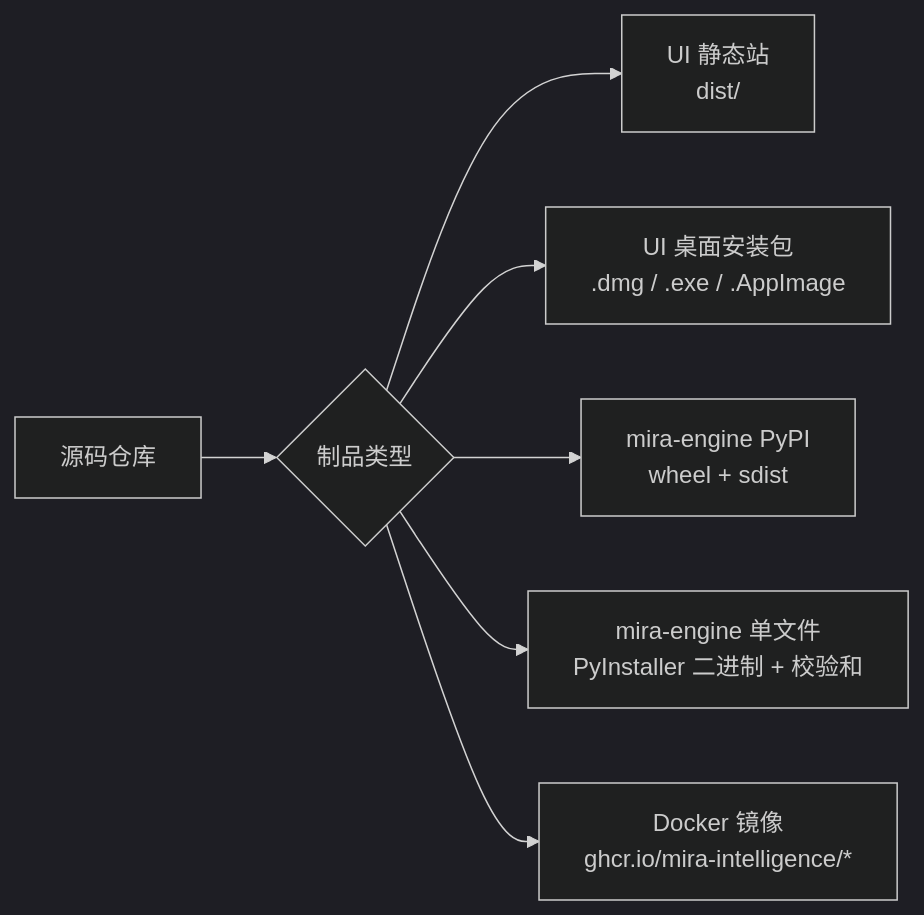
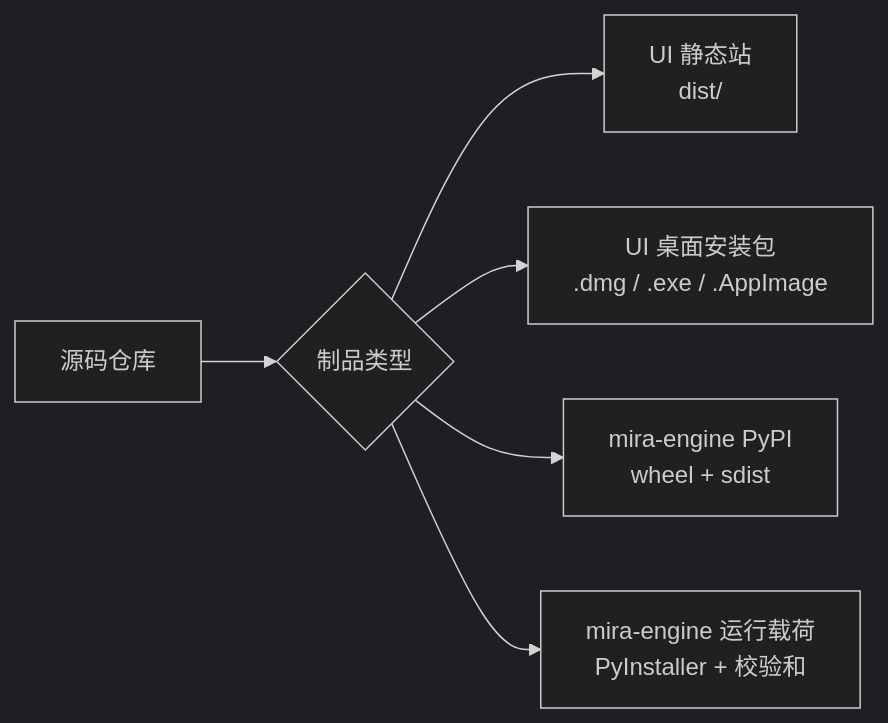
Before and after one commit to MIRA-Intelligence/mira-docs: the diagram in docs/deployment/release-and-package.md, drawn with Mermaid (dark theme). The commit also changed other lines of this file and 80 other files, not shown here.

````diff
--- a/docs/deployment/release-and-package.md
+++ b/docs/deployment/release-and-package.md
@@ -15,9 +17,8 @@
 ```mermaid
 flowchart LR
     Code[源码仓库] --> A{制品类型}
     A --> Web["UI 静态站<br/>dist/"]
     A --> Desktop["UI 桌面安装包<br/>.dmg / .exe / .AppImage"]
     A --> PyPI["mira-engine PyPI<br/>wheel + sdist"]
-    A --> Bin["mira-engine 单文件<br/>PyInstaller 二进制 + 校验和"]
-    A --> Docker["Docker 镜像<br/>ghcr.io/mira-intelligence/*"]
+    A --> Bin["mira-engine 运行载荷<br/>PyInstaller + 校验和"]
 ```
````
